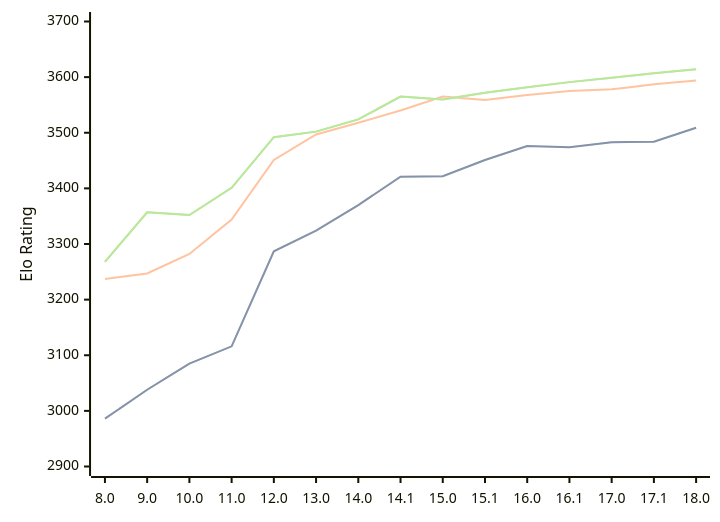
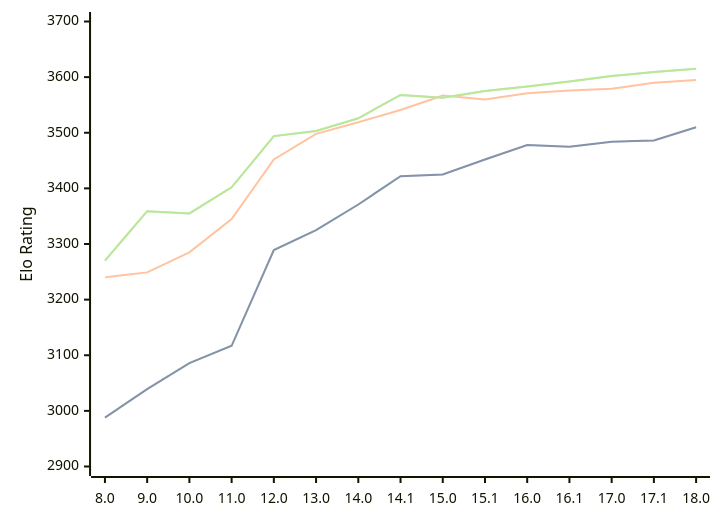
One commit to computer-chess-index/cci changed the diagram in engines/Stockfish.md. Above: the diagram before and after it, drawn with Mermaid. The commit also changed other lines of this file, not shown here.

Commit message:
Update CCI Ratings (ELO VLTC) - 2026-09-01

````diff
--- a/engines/Stockfish.md
+++ b/engines/Stockfish.md
@@ -45,11 +45,11 @@
 ```mermaid
 %%{init: {"theme":"base","themeVariables":{"seriesColors:['#a3a3a3','#222221','#faa371']}}}%%
 xychart-beta
   x-axis ["8.0", "9.0", "10.0", "11.0", "12.0", "13.0", "14.0", "14.1", "15.0", "15.1", "16.0", "16.1", "17.0", "17.1", "18.0"]
   y-axis "Elo Rating" 2900 --> 3700
-  line "" [2986, 3038, 3085, 3116, 3287, 3324, 3370, 3421, 3422, 3451, 3476, 3474, 3483, 3484, 3509]
-  line "STC (8.0+0.08s)" [2986, 3038, 3085, 3116, 3287, 3324, 3370, 3421, 3422, 3451, 3476, 3474, 3483, 3484, 3509]
-  line "LTC (60.0+0.60s)" [3237, 3247, 3282, 3344, 3451, 3497, 3518, 3540, 3565, 3559, 3568, 3575, 3578, 3587, 3594]
-  line "" [3268, 3357, 3352, 3401, 3492, 3502, 3524, 3565, 3560, 3572, 3582, 3591, 3599, 3607, 3614]
-  line "VLTC (2m24s+1.12s)" [3268, 3357, 3352, 3401, 3492, 3502, 3524, 3565, 3560, 3572, 3582, 3591, 3599, 3607, 3614]
+  line "" [2988, 3039, 3086, 3117, 3289, 3325, 3371, 3422, 3425, 3452, 3478, 3475, 3484, 3486, 3510]
+  line "STC (8.0+0.08s)" [2988, 3039, 3086, 3117, 3289, 3325, 3371, 3422, 3425, 3452, 3478, 3475, 3484, 3486, 3510]
+  line "LTC (60.0+0.60s)" [3240, 3249, 3285, 3345, 3452, 3498, 3519, 3541, 3567, 3560, 3571, 3576, 3579, 3590, 3595]
+  line "" [3270, 3359, 3355, 3402, 3494, 3503, 3526, 3568, 3563, 3575, 3583, 3592, 3602, 3609, 3615]
+  line "VLTC (2m24s+1.12s)" [3270, 3359, 3355, 3402, 3494, 3503, 3526, 3568, 3563, 3575, 3583, 3592, 3602, 3609, 3615]
 ```
````
